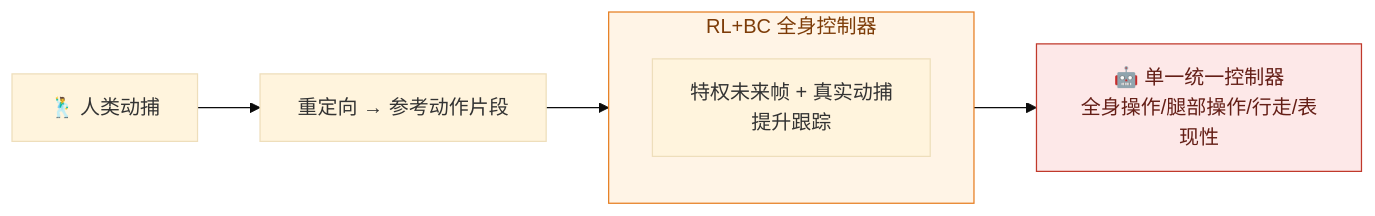
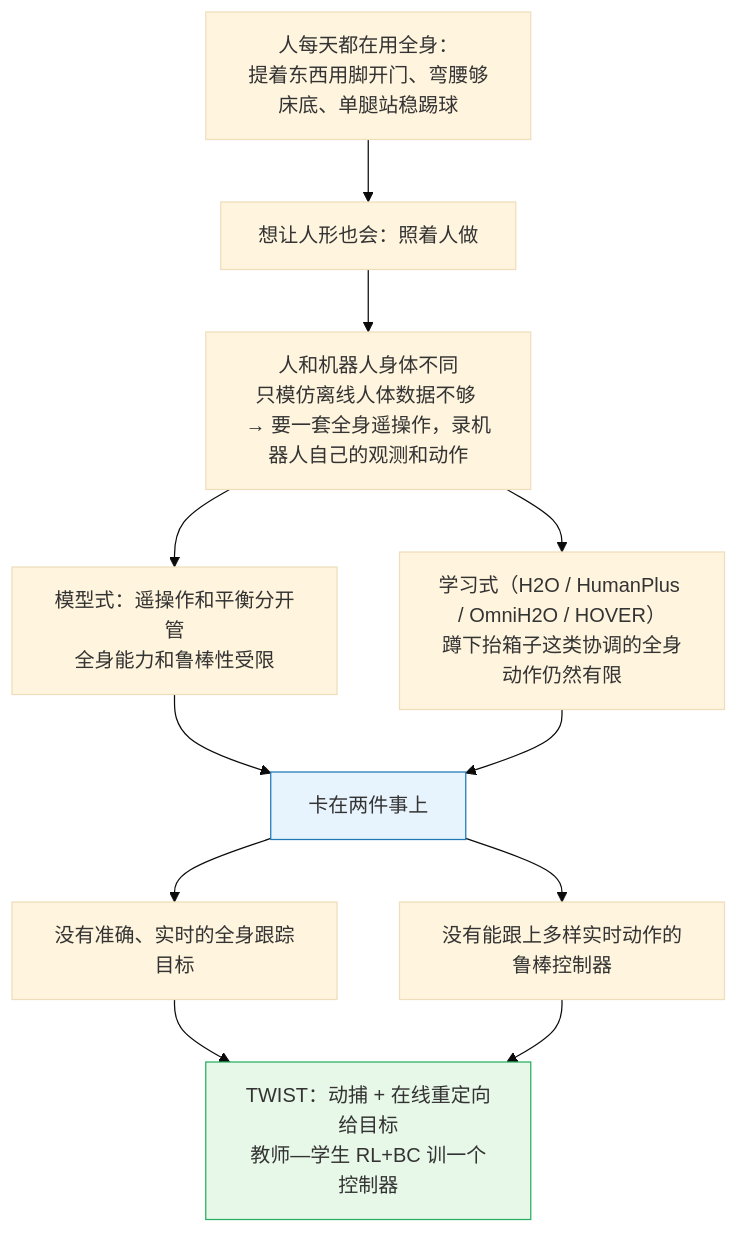
Before and after one commit to ImChong/Robot_Learning_Paper_Notebooks: the first of 2 diagrams in papers/07_Teleoperation/TWIST__Teleoperated_Whole-Body_Imitation_System/TWIST__Teleoperated_Whole-Body_Imitation_System.md, drawn with Mermaid (base theme). The commit also changed other lines of this file and 50 other files, not shown here.

```diff
--- a/papers/07_Teleoperation/TWIST__Teleoperated_Whole-Body_Imitation_System/TWIST__Teleoperated_Whole-Body_Imitation_System.md
+++ b/papers/07_Teleoperation/TWIST__Teleoperated_Whole-Body_Imitation_System/TWIST__Teleoperated_Whole-Body_Imitation_System.md
@@ -80,12 +91,16 @@
 <div class="mermaid">
-flowchart LR
-    MOCAP["🕺 人类动捕"] --> RT["重定向 → 参考动作片段"]
-    RT --> CTRL
-    subgraph CTRL["RL+BC 全身控制器"]
-        F["特权未来帧 + 真实动捕<br/>提升跟踪"]
-    end
-    CTRL --> OUT["🤖 单一统一控制器<br/>全身操作/腿部操作/行走/表现性"]
+flowchart TB
+    H["人每天都在用全身：<br/>提着东西用脚开门、弯腰够床底、单腿站稳踢球"] --> W["想让人形也会：照着人做"]
+    W --> G["人和机器人身体不同<br/>只模仿离线人体数据不够 → 要一套全身遥操作，录机器人自己的观测和动作"]
+    G --> P1["模型式：遥操作和平衡分开管<br/>全身能力和鲁棒性受限"]
+    G --> P2["学习式（H2O / HumanPlus / OmniH2O / HOVER）<br/>蹲下抬箱子这类协调的全身动作仍然有限"]
+    P1 --> C["卡在两件事上"]
+    P2 --> C
+    C --> C1["没有准确、实时的全身跟踪目标"]
+    C --> C2["没有能跟上多样实时动作的鲁棒控制器"]
+    C1 --> A["TWIST：动捕 + 在线重定向给目标<br/>教师—学生 RL+BC 训一个控制器"]
+    C2 --> A
 
-    style CTRL fill:#fff4e6,stroke:#e67e22,color:#7d3c08
-    style OUT fill:#fde8e8,stroke:#c0392b,color:#641e16
+    style C fill:#e8f4fd,stroke:#1f78b4
+    style A fill:#e8f8e8,stroke:#27ae60
 </div>
```
